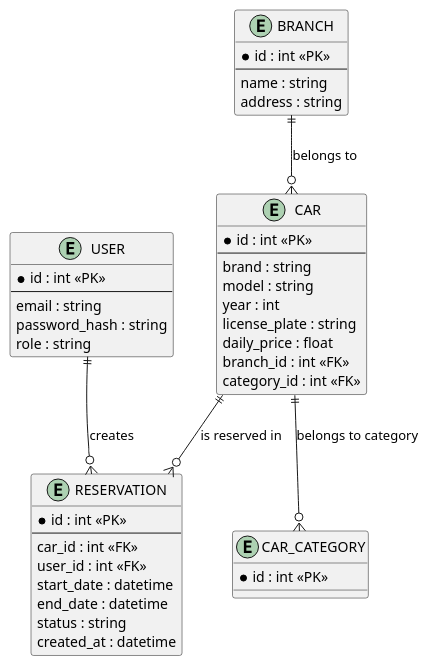
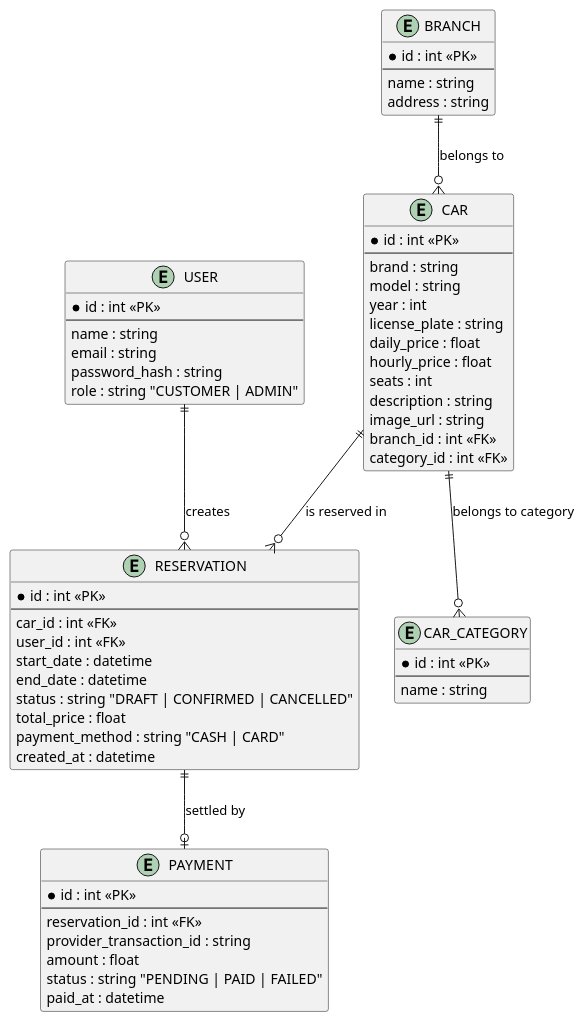
Before and after one commit to DavidMagyarics/CarRentalVSB: the diagram in docs/diagrams/er-target.puml, drawn with PlantUML. The commit also changed 10 other files, not shown here.

```diff
--- a/docs/diagrams/er-target.puml
+++ b/docs/diagrams/er-target.puml
@@ -1,50 +1,70 @@
 @startuml er-target
 skinparam backgroundColor white
 
 entity "USER" as USER {
   * id : int <<PK>>
   --
+  name : string
   email : string
   password_hash : string
-  role : string
+  role : string "CUSTOMER | ADMIN"
 }
 
 entity "BRANCH" as BRANCH {
   * id : int <<PK>>
   --
   name : string
   address : string
 }
 
 entity "CAR" as CAR {
   * id : int <<PK>>
   --
   brand : string
   model : string
   year : int
   license_plate : string
   daily_price : float
+  hourly_price : float
+  seats : int
+  description : string
+  image_url : string
   branch_id : int <<FK>>
   category_id : int <<FK>>
 }
 
 entity "CAR_CATEGORY" as CAR_CATEGORY {
   * id : int <<PK>>
+  --
+  name : string
 }
 
 entity "RESERVATION" as RESERVATION {
   * id : int <<PK>>
   --
   car_id : int <<FK>>
   user_id : int <<FK>>
   start_date : datetime
   end_date : datetime
-  status : string
+  status : string "DRAFT | CONFIRMED | CANCELLED"
+  total_price : float
+  payment_method : string "CASH | CARD"
   created_at : datetime
+}
+
+entity "PAYMENT" as PAYMENT {
+  * id : int <<PK>>
+  --
+  reservation_id : int <<FK>>
+  provider_transaction_id : string
+  amount : float
+  status : string "PENDING | PAID | FAILED"
+  paid_at : datetime
 }
 
 USER ||--o{ RESERVATION : "creates"
 CAR ||--o{ RESERVATION : "is reserved in"
 BRANCH ||--o{ CAR : "belongs to"
 CAR ||--o{ CAR_CATEGORY : "belongs to category"
+RESERVATION ||--o| PAYMENT : "settled by"
 @enduml
```
